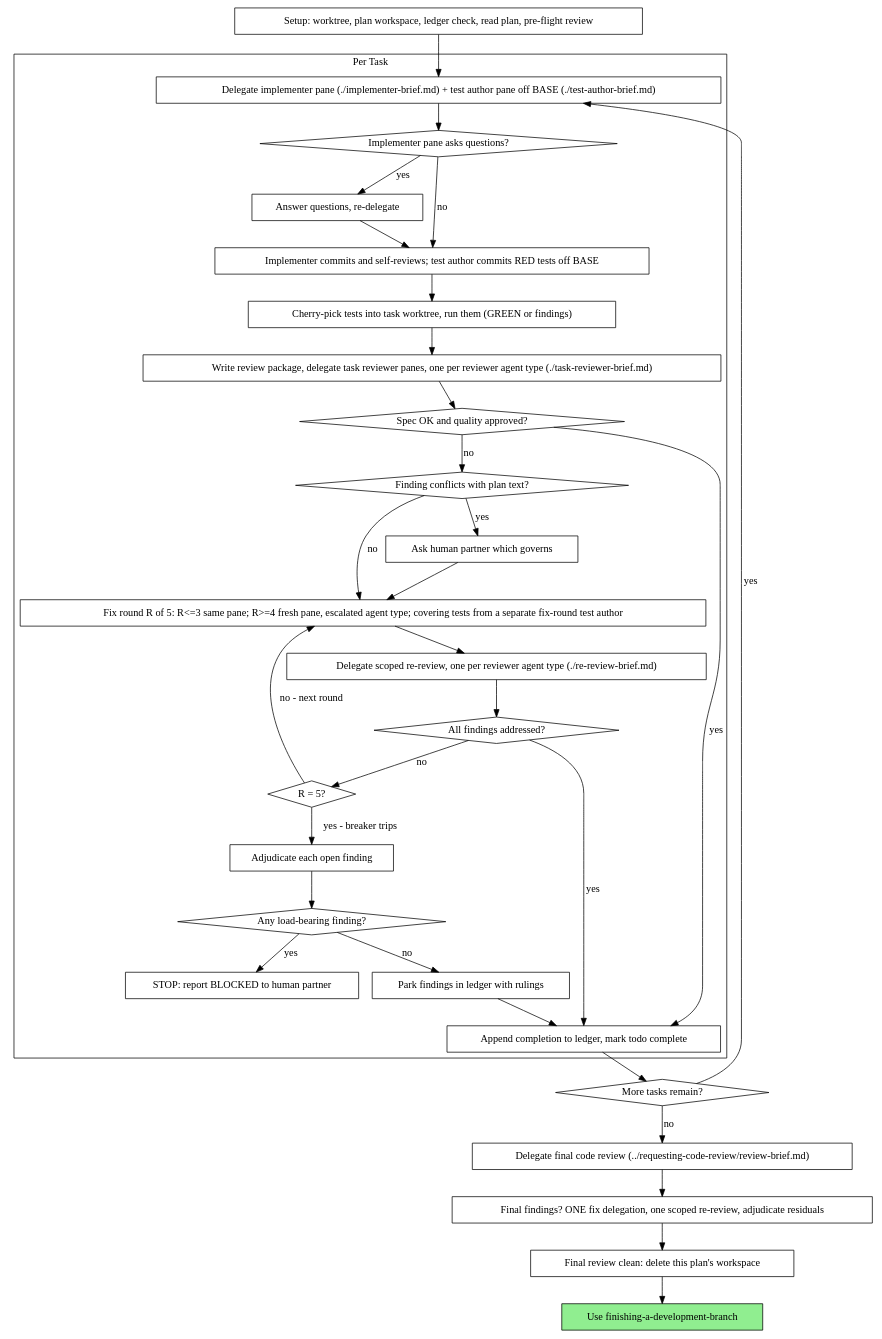
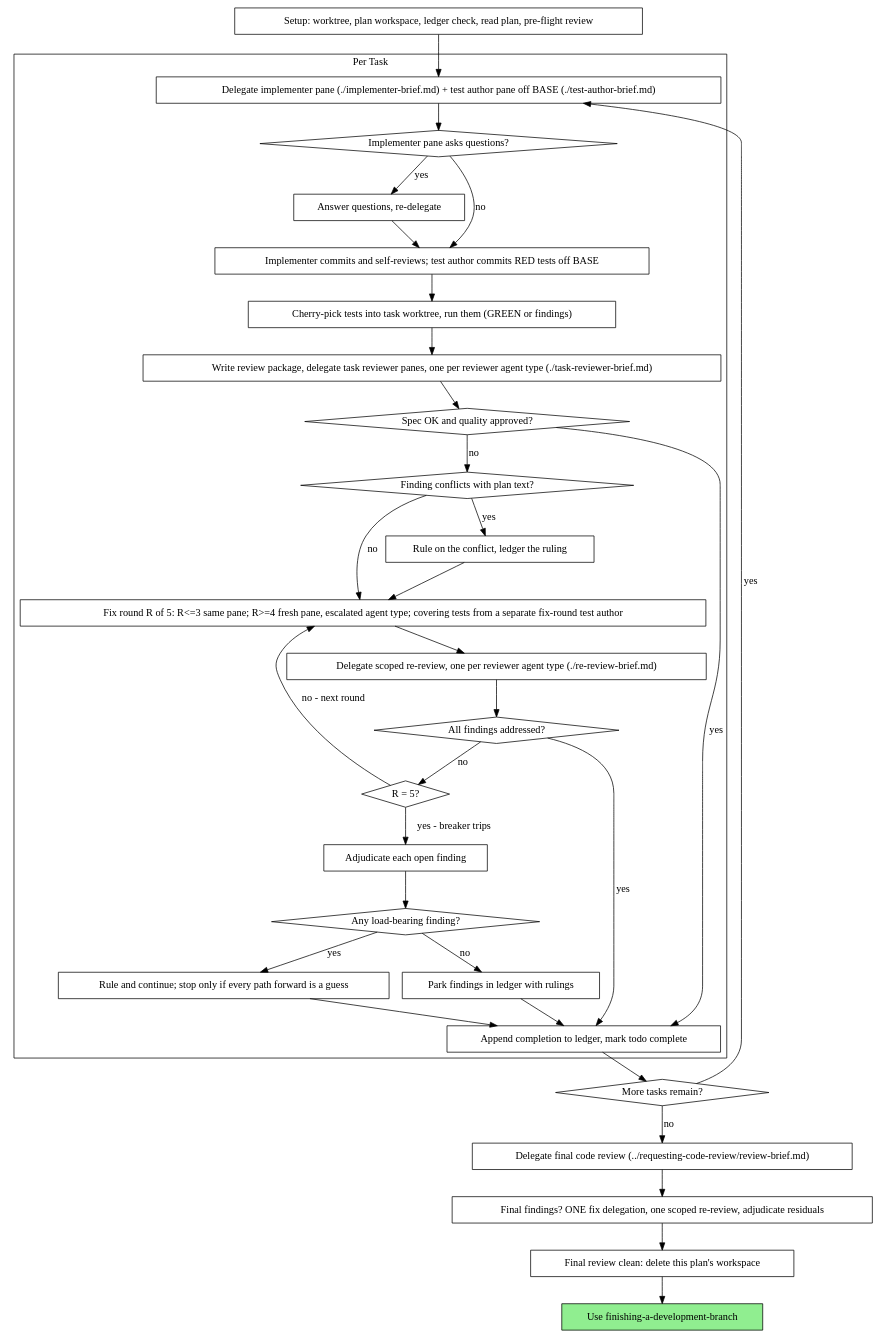
Before and after one commit to transparent-pegasus/herdrpowers: the second of 2 diagrams in skills/pane-driven-development/SKILL.md, drawn with Graphviz. The commit also changed other lines of this file and 12 other files, not shown here.

````diff
--- a/skills/pane-driven-development/SKILL.md
+++ b/skills/pane-driven-development/SKILL.md
@@ -57,64 +78,65 @@
 ```dot
 digraph process {
     rankdir=TB;
 
     subgraph cluster_per_task {
         label="Per Task";
         "Delegate implementer pane (./implementer-brief.md) + test author pane off BASE (./test-author-brief.md)" [shape=box];
         "Implementer pane asks questions?" [shape=diamond];
         "Cherry-pick tests into task worktree, run them (GREEN or findings)" [shape=box];
         "Answer questions, re-delegate" [shape=box];
         "Implementer commits and self-reviews; test author commits RED tests off BASE" [shape=box];
         "Write review package, delegate task reviewer panes, one per reviewer agent type (./task-reviewer-brief.md)" [shape=box];
         "Spec OK and quality approved?" [shape=diamond];
         "Finding conflicts with plan text?" [shape=diamond];
-        "Ask human partner which governs" [shape=box];
+        "Rule on the conflict, ledger the ruling" [shape=box];
         "Fix round R of 5: R<=3 same pane; R>=4 fresh pane, escalated agent type; covering tests from a separate fix-round test author" [shape=box];
         "Delegate scoped re-review, one per reviewer agent type (./re-review-brief.md)" [shape=box];
         "All findings addressed?" [shape=diamond];
         "R = 5?" [shape=diamond];
         "Adjudicate each open finding" [shape=box];
         "Any load-bearing finding?" [shape=diamond];
-        "STOP: report BLOCKED to human partner" [shape=box];
+        "Rule and continue; stop only if every path forward is a guess" [shape=box];
         "Park findings in ledger with rulings" [shape=box];
         "Append completion to ledger, mark todo complete" [shape=box];
     }
 
     "Setup: worktree, plan workspace, ledger check, read plan, pre-flight review" [shape=box];
     "More tasks remain?" [shape=diamond];
     "Delegate final code review (../requesting-code-review/review-brief.md)" [shape=box];
     "Final findings? ONE fix delegation, one scoped re-review, adjudicate residuals" [shape=box];
     "Final review clean: delete this plan's workspace" [shape=box];
     "Use finishing-a-development-branch" [shape=box style=filled fillcolor=lightgreen];
 
     "Setup: worktree, plan workspace, ledger check, read plan, pre-flight review" -> "Delegate implementer pane (./implementer-brief.md) + test author pane off BASE (./test-author-brief.md)";
     "Delegate implementer pane (./implementer-brief.md) + test author pane off BASE (./test-author-brief.md)" -> "Implementer pane asks questions?";
     "Implementer pane asks questions?" -> "Answer questions, re-delegate" [label="yes"];
     "Answer questions, re-delegate" -> "Implementer commits and self-reviews; test author commits RED tests off BASE";
     "Implementer pane asks questions?" -> "Implementer commits and self-reviews; test author commits RED tests off BASE" [label="no"];
     "Implementer commits and self-reviews; test author commits RED tests off BASE" -> "Cherry-pick tests into task worktree, run them (GREEN or findings)";
     "Cherry-pick tests into task worktree, run them (GREEN or findings)" -> "Write review package, delegate task reviewer panes, one per reviewer agent type (./task-reviewer-brief.md)";
     "Write review package, delegate task reviewer panes, one per reviewer agent type (./task-reviewer-brief.md)" -> "Spec OK and quality approved?";
     "Spec OK and quality approved?" -> "Append completion to ledger, mark todo complete" [label="yes"];
     "Spec OK and quality approved?" -> "Finding conflicts with plan text?" [label="no"];
-    "Finding conflicts with plan text?" -> "Ask human partner which governs" [label="yes"];
-    "Ask human partner which governs" -> "Fix round R of 5: R<=3 same pane; R>=4 fresh pane, escalated agent type; covering tests from a separate fix-round test author";
+    "Finding conflicts with plan text?" -> "Rule on the conflict, ledger the ruling" [label="yes"];
+    "Rule on the conflict, ledger the ruling" -> "Fix round R of 5: R<=3 same pane; R>=4 fresh pane, escalated agent type; covering tests from a separate fix-round test author";
     "Finding conflicts with plan text?" -> "Fix round R of 5: R<=3 same pane; R>=4 fresh pane, escalated agent type; covering tests from a separate fix-round test author" [label="no"];
     "Fix round R of 5: R<=3 same pane; R>=4 fresh pane, escalated agent type; covering tests from a separate fix-round test author" -> "Delegate scoped re-review, one per reviewer agent type (./re-review-brief.md)";
     "Delegate scoped re-review, one per reviewer agent type (./re-review-brief.md)" -> "All findings addressed?";
     "All findings addressed?" -> "Append completion to ledger, mark todo complete" [label="yes"];
     "All findings addressed?" -> "R = 5?" [label="no"];
     "R = 5?" -> "Fix round R of 5: R<=3 same pane; R>=4 fresh pane, escalated agent type; covering tests from a separate fix-round test author" [label="no - next round"];
     "R = 5?" -> "Adjudicate each open finding" [label="yes - breaker trips"];
     "Adjudicate each open finding" -> "Any load-bearing finding?";
-    "Any load-bearing finding?" -> "STOP: report BLOCKED to human partner" [label="yes"];
+    "Any load-bearing finding?" -> "Rule and continue; stop only if every path forward is a guess" [label="yes"];
     "Any load-bearing finding?" -> "Park findings in ledger with rulings" [label="no"];
+    "Rule and continue; stop only if every path forward is a guess" -> "Append completion to ledger, mark todo complete";
     "Park findings in ledger with rulings" -> "Append completion to ledger, mark todo complete";
     "Append completion to ledger, mark todo complete" -> "More tasks remain?";
     "More tasks remain?" -> "Delegate implementer pane (./implementer-brief.md) + test author pane off BASE (./test-author-brief.md)" [label="yes"];
     "More tasks remain?" -> "Delegate final code review (../requesting-code-review/review-brief.md)" [label="no"];
     "Delegate final code review (../requesting-code-review/review-brief.md)" -> "Final findings? ONE fix delegation, one scoped re-review, adjudicate residuals";
     "Final findings? ONE fix delegation, one scoped re-review, adjudicate residuals" -> "Final review clean: delete this plan's workspace";
     "Final review clean: delete this plan's workspace" -> "Use finishing-a-development-branch";
 }
 ```
````
